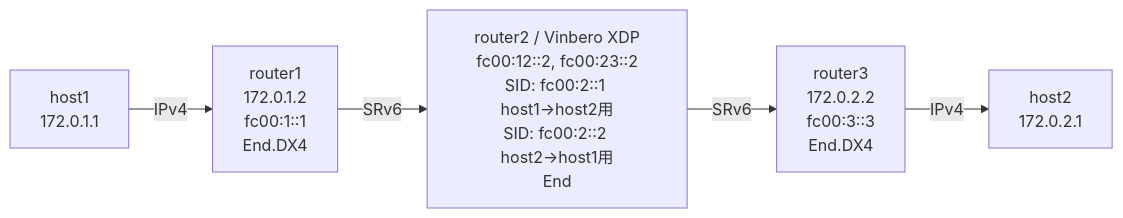
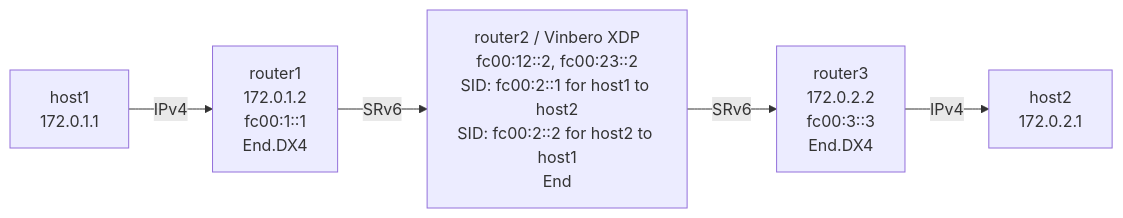
The diagram in examples/end/README.md (takehaya/Vinbero), drawn with Mermaid before and after one commit. The commit also changed other lines of this file and 39 other files, not shown here.

````diff
--- a/examples/end/README.md
+++ b/examples/end/README.md
@@ -7,7 +9,7 @@
 ```mermaid
 graph LR
     host1[host1<br/>172.0.1.1] -->|IPv4| router1[router1<br/>172.0.1.2<br/>fc00:1::1<br/>End.DX4]
-    router1 -->|SRv6| router2[router2 / Vinbero XDP<br/>fc00:12::2, fc00:23::2<br/>SID: fc00:2::1 host1→host2用<br/>SID: fc00:2::2 host2→host1用<br/>End]
+    router1 -->|SRv6| router2[router2 / Vinbero XDP<br/>fc00:12::2, fc00:23::2<br/>SID: fc00:2::1 for host1 to host2<br/>SID: fc00:2::2 for host2 to host1<br/>End]
     router2 -->|SRv6| router3[router3<br/>172.0.2.2<br/>fc00:3::3<br/>End.DX4]
     router3 -->|IPv4| host2[host2<br/>172.0.2.1]
 ```
````
